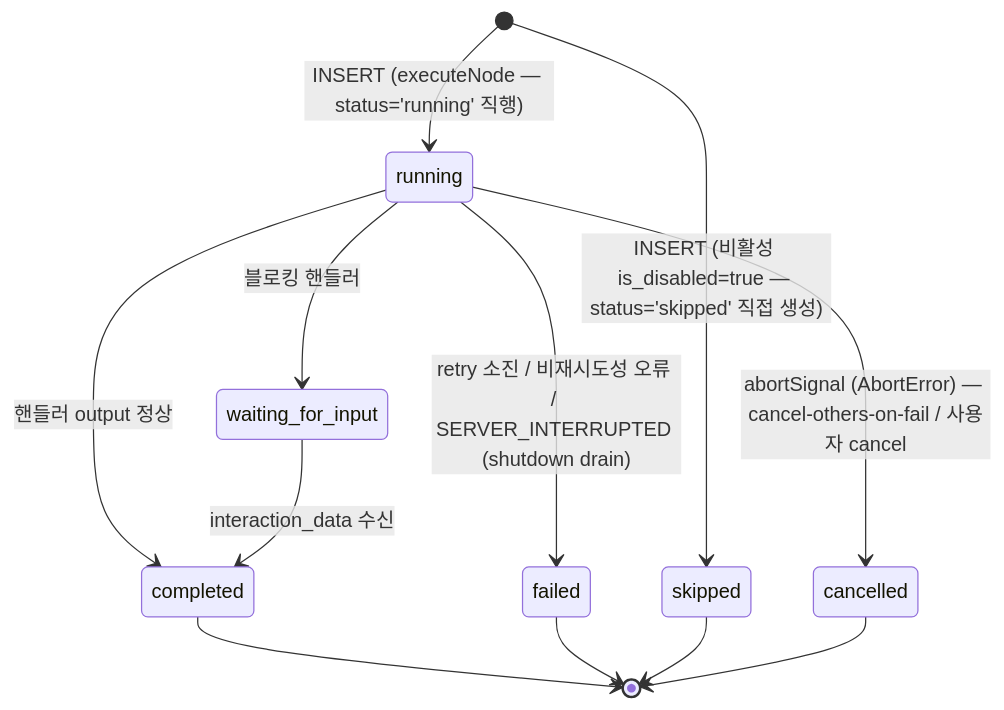
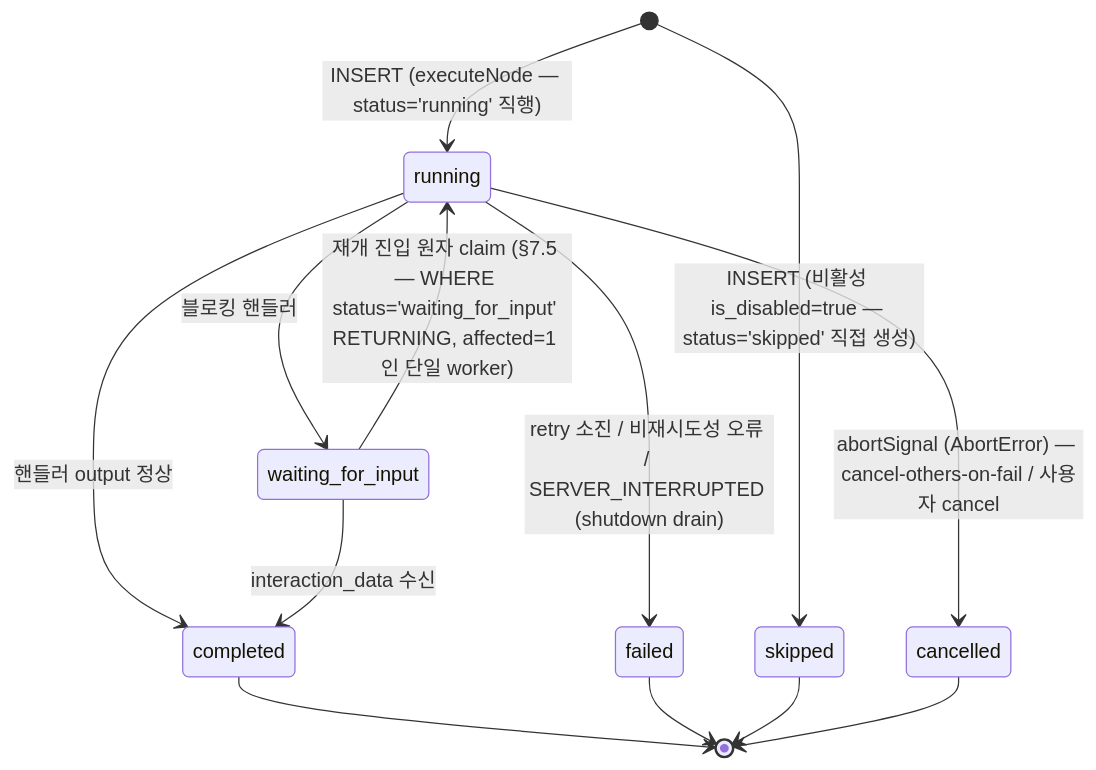
The sixth of 6 diagrams in spec/data-flow/3-execution.md (worker-ants/clemvion), drawn with Mermaid before and after one commit. The commit also changed other lines of this file and 13 other files, not shown here.

````diff
--- a/spec/data-flow/3-execution.md
+++ b/spec/data-flow/3-execution.md
@@ -268,14 +268,15 @@
 ```mermaid
 stateDiagram-v2
   [*] --> running: INSERT (executeNode — status='running' 직행)
   [*] --> skipped: INSERT (비활성 is_disabled=true — status='skipped' 직접 생성)
   running --> completed: 핸들러 output 정상
   running --> failed: retry 소진 / 비재시도성 오류 / SERVER_INTERRUPTED (shutdown drain)
   running --> waiting_for_input: 블로킹 핸들러
+  waiting_for_input --> running: 재개 진입 원자 claim (§7.5 — WHERE status='waiting_for_input' RETURNING, affected=1 인 단일 worker)
   waiting_for_input --> completed: interaction_data 수신
   running --> cancelled: abortSignal (AbortError) — cancel-others-on-fail / 사용자 cancel
   completed --> [*]
   failed --> [*]
   skipped --> [*]
   cancelled --> [*]
 ```
````
